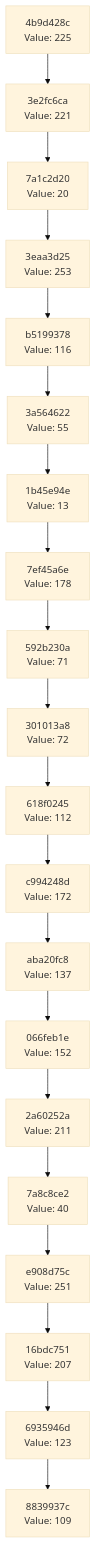
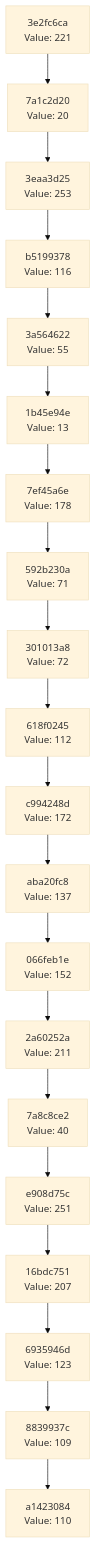
One commit to Abhisheksinha1506/hash-chain-evolver changed the diagram in docs/CHAIN_VISUALIZATION.md. Above: the diagram before and after it, drawn with Mermaid (base theme). The commit also changed 3 other files, not shown here.

````diff
--- a/docs/CHAIN_VISUALIZATION.md
+++ b/docs/CHAIN_VISUALIZATION.md
@@ -3,42 +3,42 @@
 ```mermaid
 graph TD
-    C0["8839937c<br/>Value: 109"]
-    C1["6935946d<br/>Value: 123"]
+    C0["a1423084<br/>Value: 110"]
+    C1["8839937c<br/>Value: 109"]
     C1 --> C0
-    C2["16bdc751<br/>Value: 207"]
+    C2["6935946d<br/>Value: 123"]
     C2 --> C1
-    C3["e908d75c<br/>Value: 251"]
+    C3["16bdc751<br/>Value: 207"]
     C3 --> C2
-    C4["7a8c8ce2<br/>Value: 40"]
+    C4["e908d75c<br/>Value: 251"]
     C4 --> C3
-    C5["2a60252a<br/>Value: 211"]
+    C5["7a8c8ce2<br/>Value: 40"]
     C5 --> C4
-    C6["066feb1e<br/>Value: 152"]
+    C6["2a60252a<br/>Value: 211"]
     C6 --> C5
-    C7["aba20fc8<br/>Value: 137"]
+    C7["066feb1e<br/>Value: 152"]
     C7 --> C6
-    C8["c994248d<br/>Value: 172"]
+    C8["aba20fc8<br/>Value: 137"]
     C8 --> C7
-    C9["618f0245<br/>Value: 112"]
+    C9["c994248d<br/>Value: 172"]
     C9 --> C8
-    C10["301013a8<br/>Value: 72"]
+    C10["618f0245<br/>Value: 112"]
     C10 --> C9
-    C11["592b230a<br/>Value: 71"]
+    C11["301013a8<br/>Value: 72"]
     C11 --> C10
-    C12["7ef45a6e<br/>Value: 178"]
+    C12["592b230a<br/>Value: 71"]
     C12 --> C11
-    C13["1b45e94e<br/>Value: 13"]
+    C13["7ef45a6e<br/>Value: 178"]
     C13 --> C12
-    C14["3a564622<br/>Value: 55"]
+    C14["1b45e94e<br/>Value: 13"]
     C14 --> C13
-    C15["b5199378<br/>Value: 116"]
+    C15["3a564622<br/>Value: 55"]
     C15 --> C14
-    C16["3eaa3d25<br/>Value: 253"]
+    C16["b5199378<br/>Value: 116"]
     C16 --> C15
-    C17["7a1c2d20<br/>Value: 20"]
+    C17["3eaa3d25<br/>Value: 253"]
     C17 --> C16
-    C18["3e2fc6ca<br/>Value: 221"]
+    C18["7a1c2d20<br/>Value: 20"]
     C18 --> C17
-    C19["4b9d428c<br/>Value: 225"]
+    C19["3e2fc6ca<br/>Value: 221"]
     C19 --> C18
 ```
````
